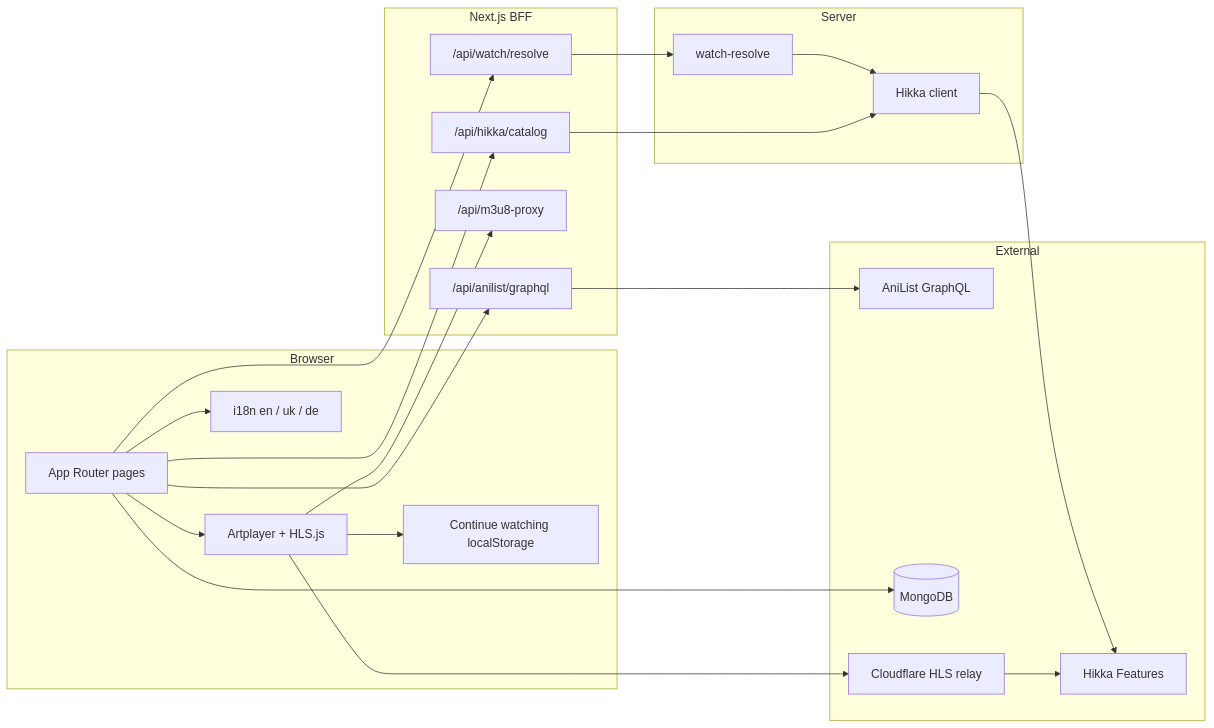
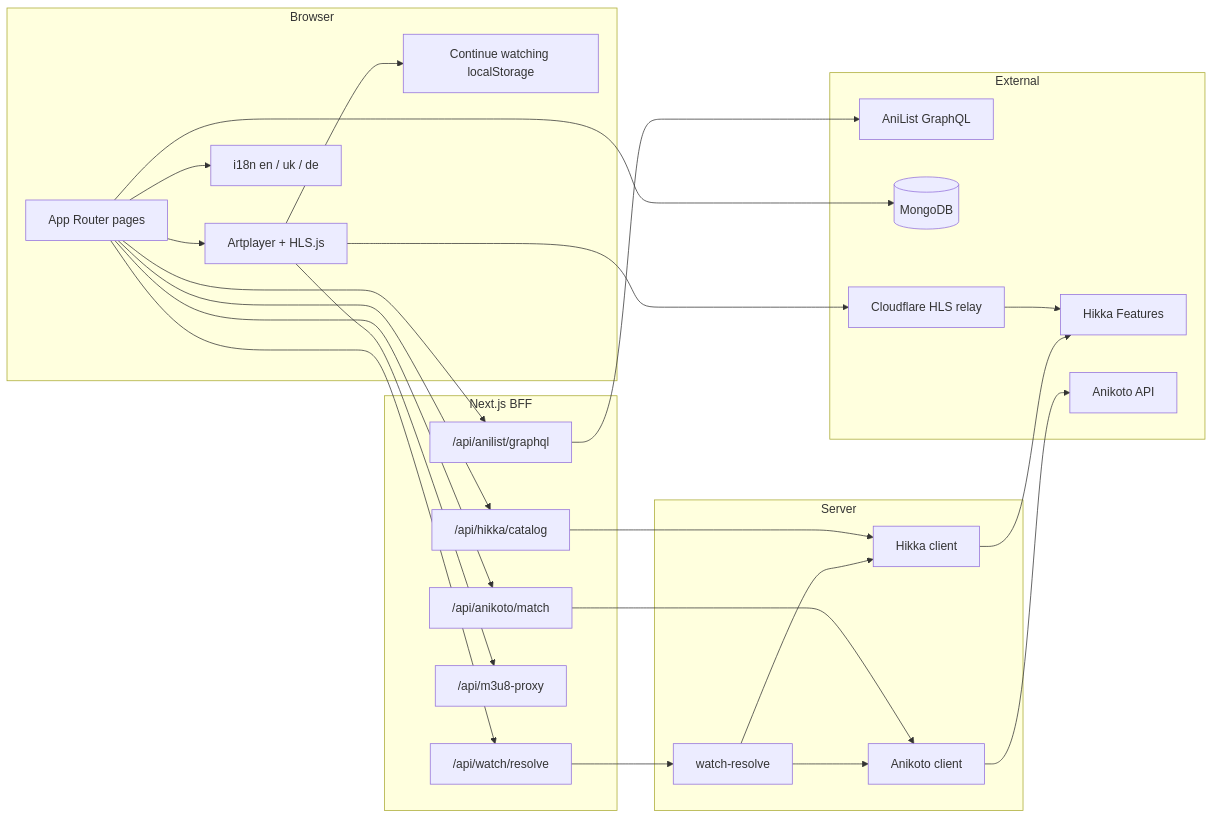
One commit to Pashahu1/OtakuFusion changed the second of 2 diagrams in README.md. Above: the diagram before and after it, drawn with Mermaid. The commit also changed other lines of this file and 69 other files, not shown here.

````diff
--- a/README.md
+++ b/README.md
@@ -138,44 +139,51 @@
 ```mermaid
 flowchart LR
   subgraph client [Browser]
     Pages[App Router pages]
     Player[Artplayer + HLS.js]
     I18n[i18n en / uk / de]
     CW[Continue watching localStorage]
     Pages --> Player
     Pages --> I18n
     Player --> CW
   end
 
   subgraph bff [Next.js BFF]
     Resolve["/api/watch/resolve"]
     HikkaCatalog["/api/hikka/catalog"]
+    AnikotoMatch["/api/anikoto/match"]
     Proxy["/api/m3u8-proxy"]
     AniListAPI["/api/anilist/graphql"]
   end
 
   subgraph server [Server]
     WR[watch-resolve]
     HikkaClient[Hikka client]
+    AnikotoClient[Anikoto client]
     WR --> HikkaClient
+    WR --> AnikotoClient
   end
 
   subgraph external [External]
     HikkaAPI[Hikka Features]
+    AnikotoAPI[Anikoto API]
     AniList[AniList GraphQL]
     DB[(MongoDB)]
     Relay[Cloudflare HLS relay]
   end
 
   Pages --> Resolve
   Pages --> HikkaCatalog
+  Pages --> AnikotoMatch
   Pages --> AniListAPI
   Player --> Proxy
   Player --> Relay
   Resolve --> WR
   HikkaCatalog --> HikkaClient
+  AnikotoMatch --> AnikotoClient
   HikkaClient --> HikkaAPI
+  AnikotoClient --> AnikotoAPI
   Relay --> HikkaAPI
   Pages --> DB
   AniListAPI --> AniList
 ```
````
